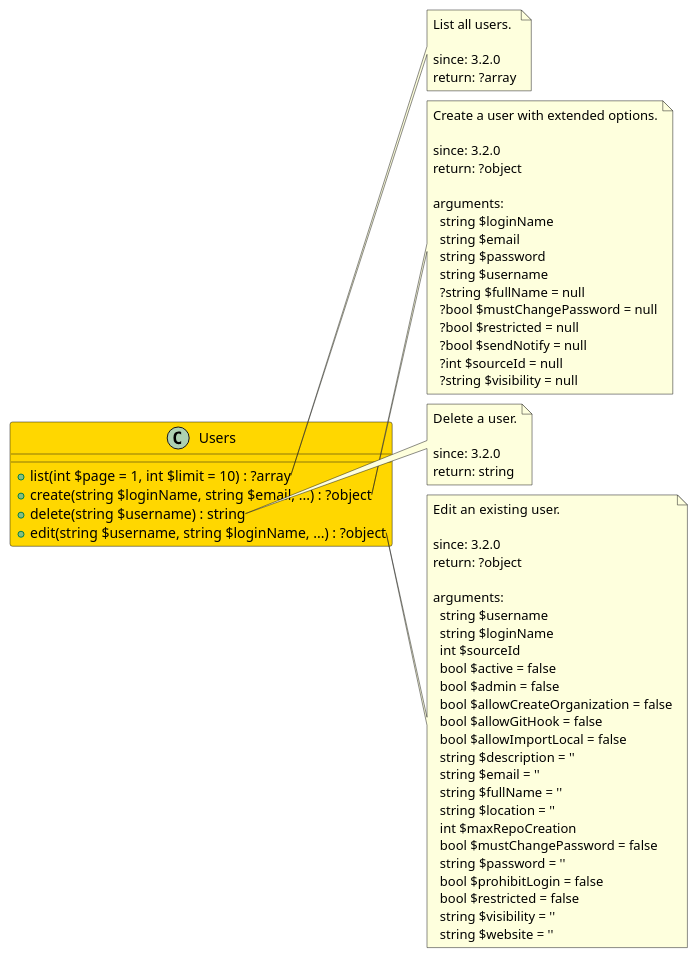
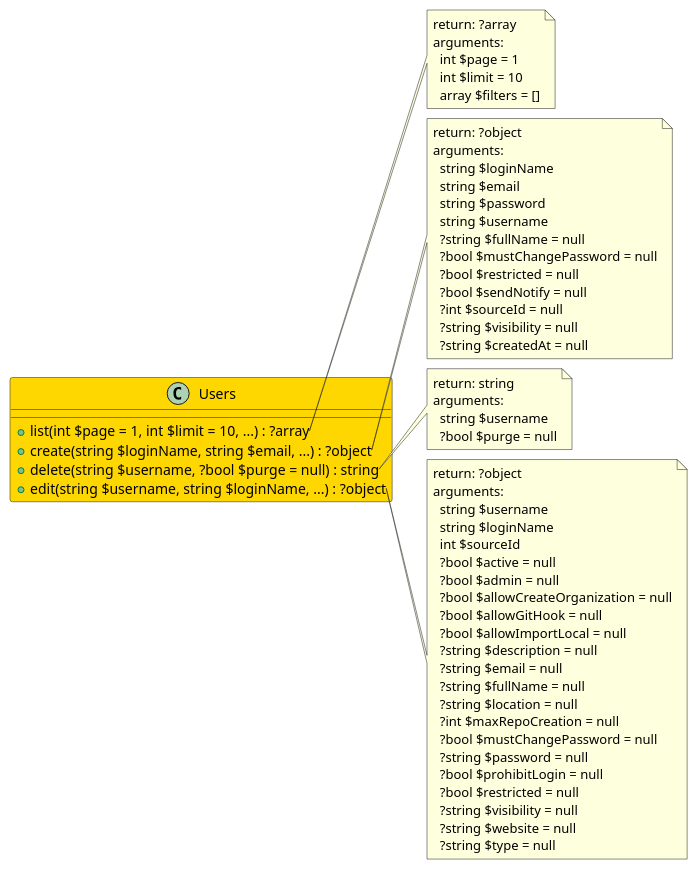
Before and after one commit to joomengine/gitea: the diagram in src/e7c810a1-3d6a-42e4-b45f-bee554f259b3/README.md, drawn with PlantUML. The commit also changed 370 other files, not shown here.

````diff
--- a/src/e7c810a1-3d6a-42e4-b45f-bee554f259b3/README.md
+++ b/src/e7c810a1-3d6a-42e4-b45f-bee554f259b3/README.md
@@ -6,73 +6,68 @@
 ```uml
 @startuml
 
-class Users  #Gold {
-  + list(int $page = 1, int $limit = 10) : ?array
+class Users #Gold {
+  + list(int $page = 1, int $limit = 10, ...) : ?array
   + create(string $loginName, string $email, ...) : ?object
-  + delete(string $username) : string
+  + delete(string $username, ?bool $purge = null) : string
   + edit(string $username, string $loginName, ...) : ?object
 }
 
 note right of Users::list
-  List all users.
-
-  since: 3.2.0
   return: ?array
+  arguments:
+    int $page = 1
+    int $limit = 10
+    array $filters = []
 end note
 
 note right of Users::create
-  Create a user with extended options.
-
-  since: 3.2.0
   return: ?object
-  
   arguments:
     string $loginName
     string $email
     string $password
     string $username
     ?string $fullName = null
     ?bool $mustChangePassword = null
     ?bool $restricted = null
     ?bool $sendNotify = null
     ?int $sourceId = null
     ?string $visibility = null
+    ?string $createdAt = null
 end note
 
 note right of Users::delete
-  Delete a user.
-
-  since: 3.2.0
   return: string
+  arguments:
+    string $username
+    ?bool $purge = null
 end note
 
 note right of Users::edit
-  Edit an existing user.
-
-  since: 3.2.0
   return: ?object
-  
   arguments:
     string $username
     string $loginName
     int $sourceId
-    bool $active = false
-    bool $admin = false
-    bool $allowCreateOrganization = false
-    bool $allowGitHook = false
-    bool $allowImportLocal = false
-    string $description = ''
-    string $email = ''
-    string $fullName = ''
-    string $location = ''
-    int $maxRepoCreation
-    bool $mustChangePassword = false
-    string $password = ''
-    bool $prohibitLogin = false
-    bool $restricted = false
-    string $visibility = ''
-    string $website = ''
+    ?bool $active = null
+    ?bool $admin = null
+    ?bool $allowCreateOrganization = null
+    ?bool $allowGitHook = null
+    ?bool $allowImportLocal = null
+    ?string $description = null
+    ?string $email = null
+    ?string $fullName = null
+    ?string $location = null
+    ?int $maxRepoCreation = null
+    ?bool $mustChangePassword = null
+    ?string $password = null
+    ?bool $prohibitLogin = null
+    ?bool $restricted = null
+    ?string $visibility = null
+    ?string $website = null
+    ?string $type = null
 end note
 
 @enduml
 ```
````
